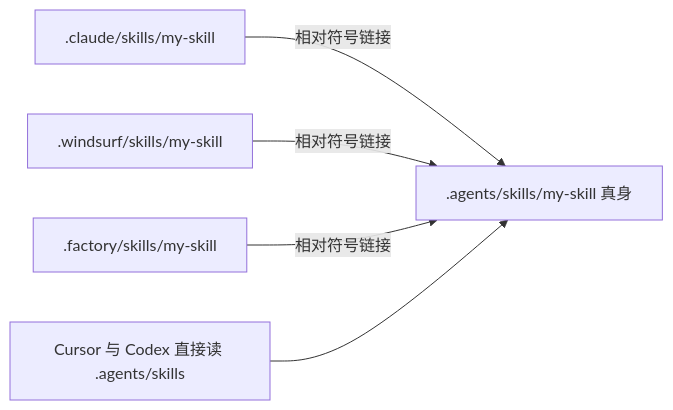
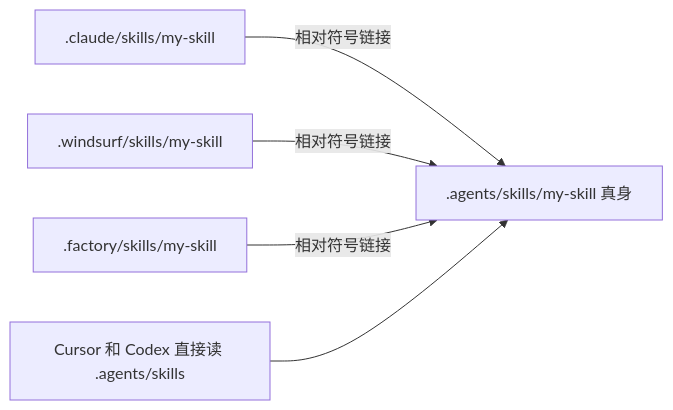
Before and after one commit to diguike/book-source-reading: the fifth of 6 diagrams in book/07-vercel-skills.md, drawn with Mermaid. The commit also changed other lines of this file, not shown here.

````diff
--- a/book/07-vercel-skills.md
+++ b/book/07-vercel-skills.md
@@ -784,13 +613,13 @@
 ```mermaid
 graph LR
     Canon[".agents/skills/my-skill 真身"]
     C1[".claude/skills/my-skill"]
     C2[".windsurf/skills/my-skill"]
     C3[".factory/skills/my-skill"]
-    Cursor["Cursor 与 Codex 直接读 .agents/skills"]
+    Cursor["Cursor 和 Codex 直接读 .agents/skills"]
 
     C1 -->|相对符号链接| Canon
     C2 -->|相对符号链接| Canon
     C3 -->|相对符号链接| Canon
     Cursor --> Canon
 ```
````
